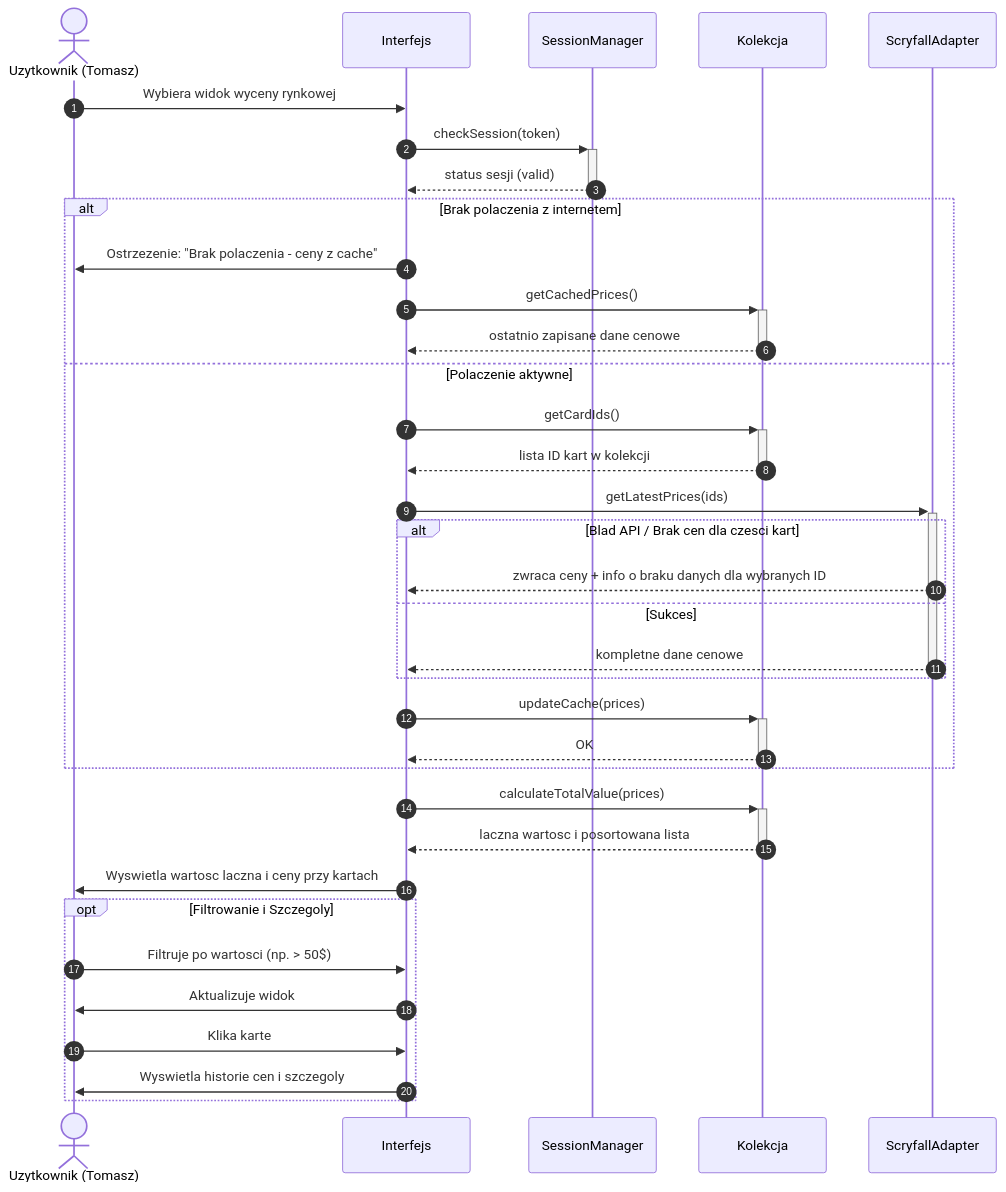
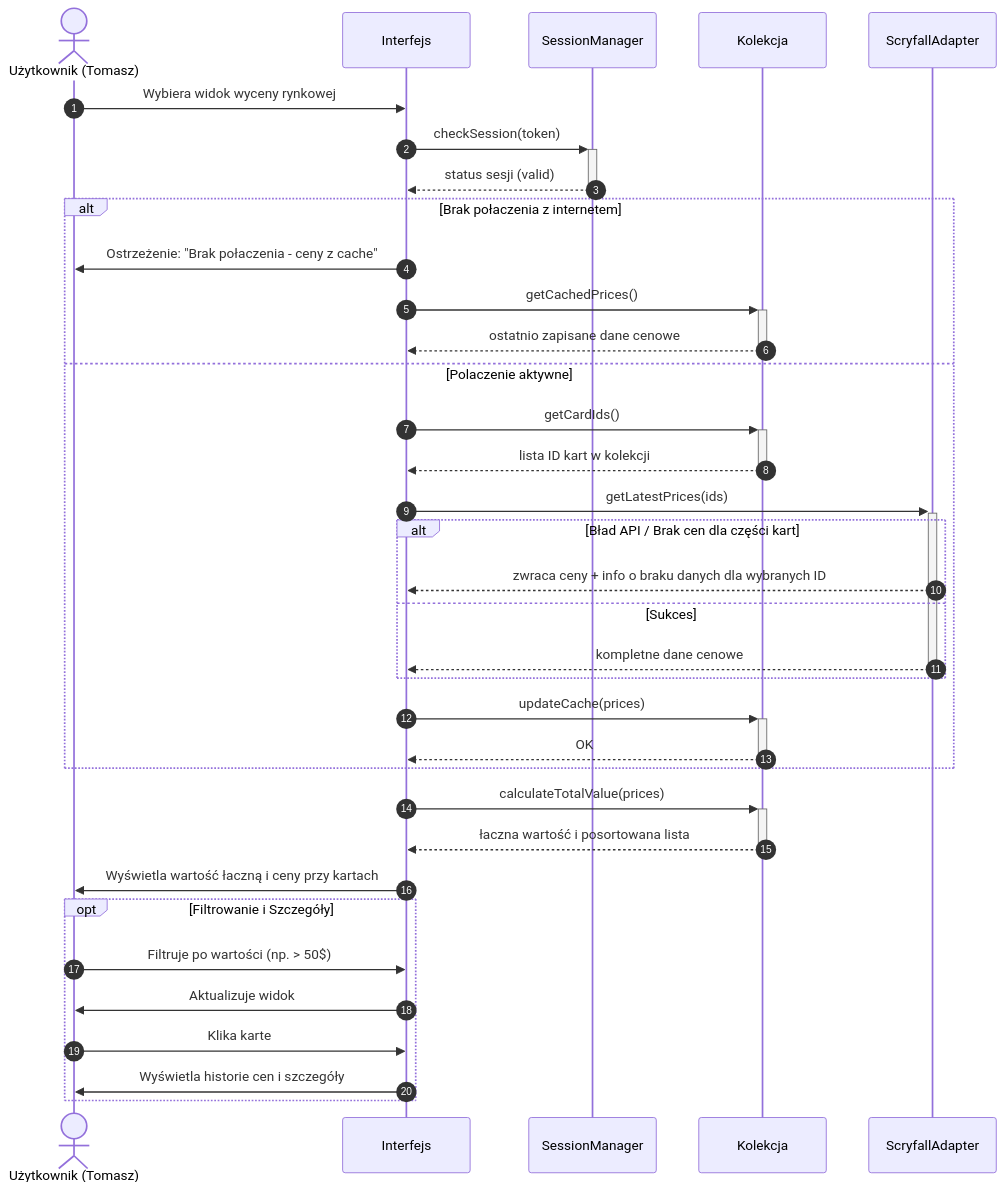
The seventh of 7 diagrams in work_in_progress/diagramSekwencji.md (IO-2026-Pryncypalki/Grimoire_MTG), drawn with Mermaid before and after one commit. The commit also changed other lines of this file and 2 other files, not shown here.

Commit message:
dodano_polskie_znaki_w_diagramie_sekwencji

````diff
--- a/work_in_progress/diagramSekwencji.md
+++ b/work_in_progress/diagramSekwencji.md
@@ -298,46 +298,46 @@
 ```mermaid
 sequenceDiagram
     autonumber
-    actor U as Uzytkownik (Tomasz)
+    actor U as Użytkownik (Tomasz)
     participant UI as Interfejs
     participant SM as SessionManager
     participant COL as Kolekcja
     participant SA as ScryfallAdapter
 
     U->>UI: Wybiera widok wyceny rynkowej
 
     UI->>+SM: checkSession(token)
     SM-->>-UI: status sesji (valid)
 
-    alt Brak polaczenia z internetem
-        UI->>U: Ostrzezenie: "Brak polaczenia - ceny z cache"
+    alt Brak połaczenia z internetem
+        UI->>U: Ostrzeżenie: "Brak połaczenia - ceny z cache"
         UI->>+COL: getCachedPrices()
         COL-->>-UI: ostatnio zapisane dane cenowe
     else Polaczenie aktywne
         UI->>+COL: getCardIds()
         COL-->>-UI: lista ID kart w kolekcji
 
         UI->>+SA: getLatestPrices(ids)
 
-        alt Blad API / Brak cen dla czesci kart
+        alt Bład API / Brak cen dla części kart
             SA-->>UI: zwraca ceny + info o braku danych dla wybranych ID
         else Sukces
             SA-->>-UI: kompletne dane cenowe
         end
 
         UI->>+COL: updateCache(prices)
         COL-->>-UI: OK
     end
 
     UI->>+COL: calculateTotalValue(prices)
-    COL-->>-UI: laczna wartosc i posortowana lista
+    COL-->>-UI: łaczna wartość i posortowana lista
 
-    UI->>U: Wyswietla wartosc laczna i ceny przy kartach
+    UI->>U: Wyświetla wartość łaczną i ceny przy kartach
 
-    opt Filtrowanie i Szczegoly
-        U->>UI: Filtruje po wartosci (np. > 50$)
+    opt Filtrowanie i Szczegóły
+        U->>UI: Filtruje po wartości (np. > 50$)
         UI->>U: Aktualizuje widok
         U->>UI: Klika karte
-        UI->>U: Wyswietla historie cen i szczegoly
+        UI->>U: Wyświetla historie cen i szczegóły
     end
 ```
````
